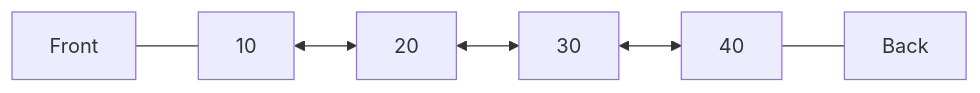
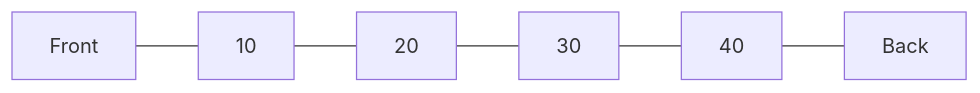
One commit to fobos123deimos/Simple-Computing-Projects changed the sixth of 21 diagrams in Data Structures/README.md. Above: the diagram before and after it, drawn with Mermaid. The commit also changed other lines of this file, not shown here.

````diff
--- a/Data Structures/README.md
+++ b/Data Structures/README.md
@@ -399,15 +399,15 @@
 ```mermaid
-flowchart LR
-    FRONT["Front"]
-    A["10"]
-    B["20"]
-    C["30"]
-    D["40"]
-    BACK["Back"]
+graph LR
+    deque_front["Front"]
+    deque_10["10"]
+    deque_20["20"]
+    deque_30["30"]
+    deque_40["40"]
+    deque_back["Back"]
 
-    FRONT --- A
-    A <--> B
-    B <--> C
-    C <--> D
-    D --- BACK
+    deque_front --- deque_10
+    deque_10 --- deque_20
+    deque_20 --- deque_30
+    deque_30 --- deque_40
+    deque_40 --- deque_back
 ```
````
